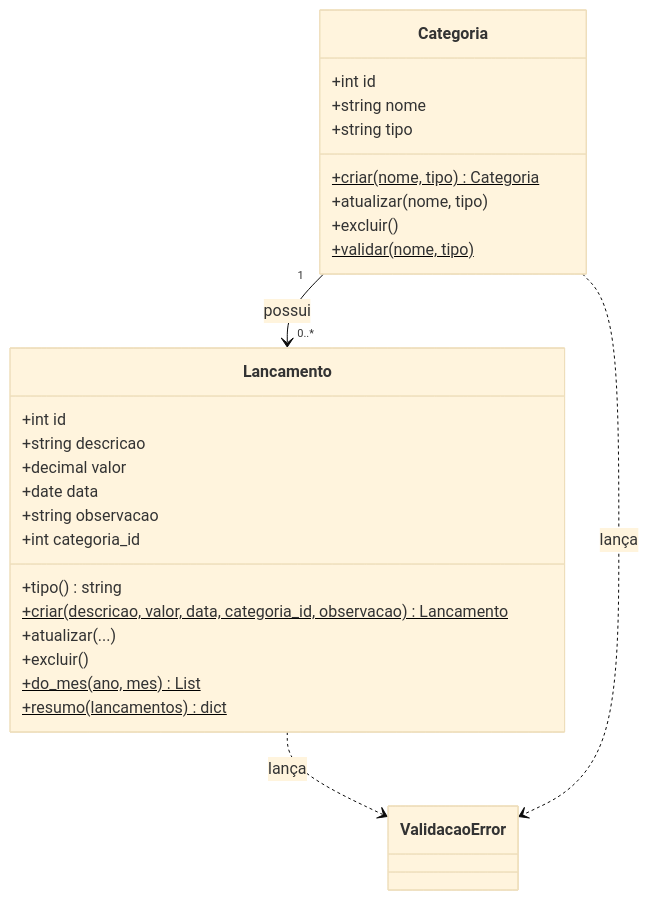
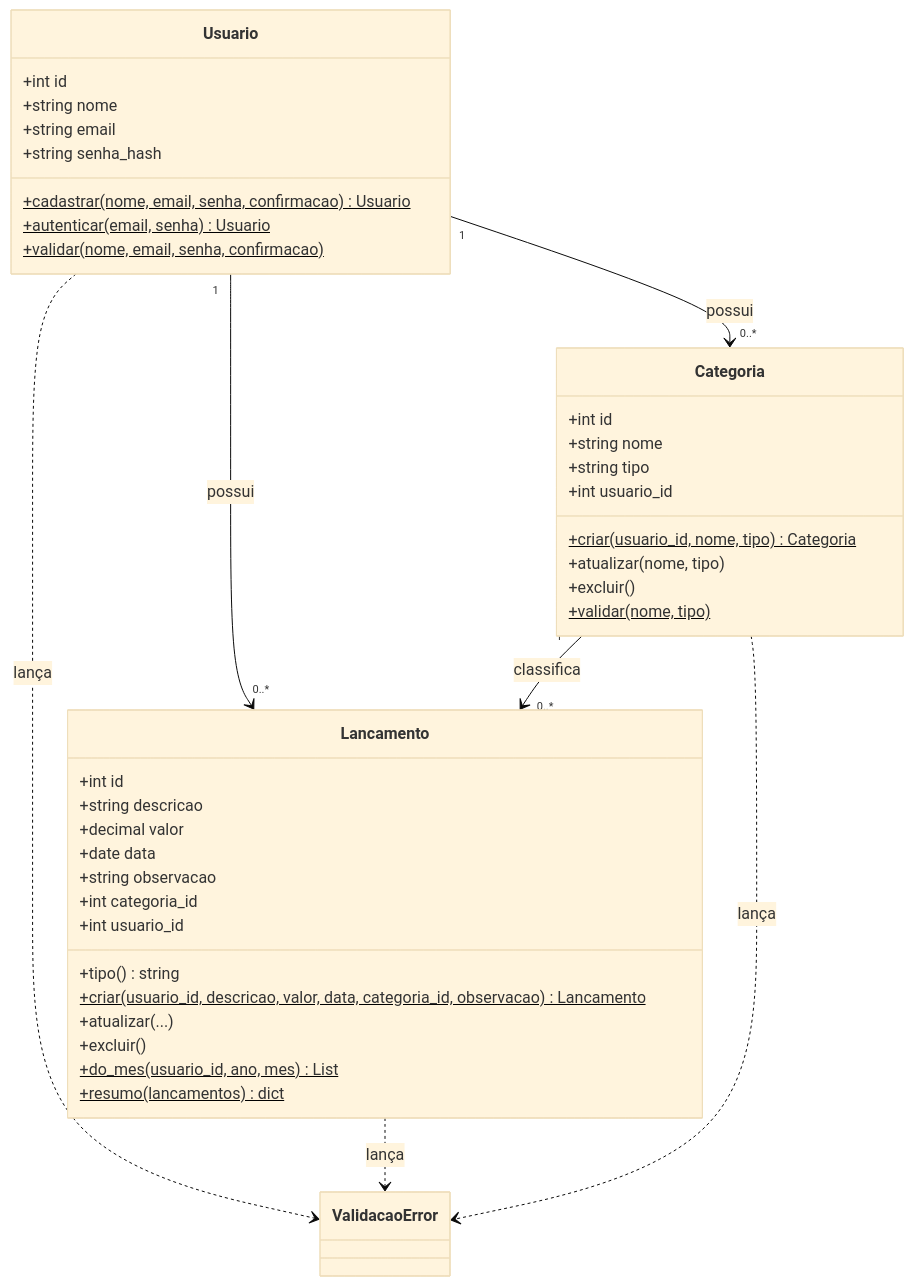
One commit to AugustoOL/controle-financas changed the second of 5 diagrams in docs/02-modelagem-uml.md. Above: the diagram before and after it, drawn with Mermaid (base theme). The commit also changed other lines of this file and 27 other files, not shown here.

````diff
--- a/docs/02-modelagem-uml.md
+++ b/docs/02-modelagem-uml.md
@@ -32,30 +35,44 @@
 ```mermaid
 classDiagram
+    class Usuario {
+        +int id
+        +string nome
+        +string email
+        +string senha_hash
+        +cadastrar(nome, email, senha, confirmacao)$ Usuario
+        +autenticar(email, senha)$ Usuario
+        +validar(nome, email, senha, confirmacao)$
+    }
     class Categoria {
         +int id
         +string nome
         +string tipo
-        +criar(nome, tipo)$ Categoria
+        +int usuario_id
+        +criar(usuario_id, nome, tipo)$ Categoria
         +atualizar(nome, tipo)
         +excluir()
         +validar(nome, tipo)$
     }
     class Lancamento {
         +int id
         +string descricao
         +decimal valor
         +date data
         +string observacao
         +int categoria_id
+        +int usuario_id
         +tipo() string
-        +criar(descricao, valor, data, categoria_id, observacao)$ Lancamento
+        +criar(usuario_id, descricao, valor, data, categoria_id, observacao)$ Lancamento
         +atualizar(...)
         +excluir()
-        +do_mes(ano, mes)$ List
+        +do_mes(usuario_id, ano, mes)$ List
         +resumo(lancamentos)$ dict
     }
     class ValidacaoError
-    Categoria "1" --> "0..*" Lancamento : possui
+    Usuario "1" --> "0..*" Categoria : possui
+    Usuario "1" --> "0..*" Lancamento : possui
+    Categoria "1" --> "0..*" Lancamento : classifica
+    Usuario ..> ValidacaoError : lança
     Lancamento ..> ValidacaoError : lança
     Categoria ..> ValidacaoError : lança
 ```
````
